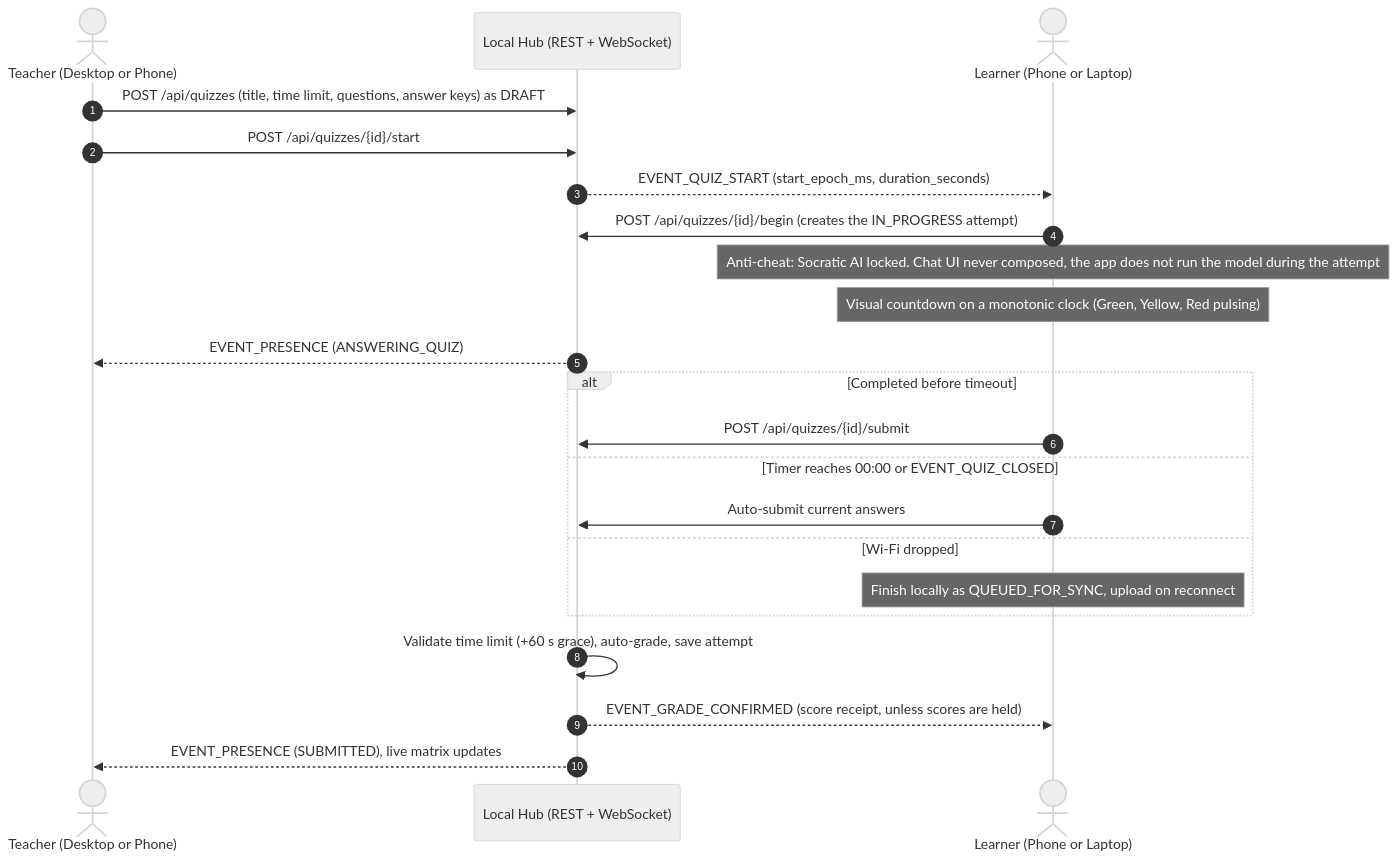
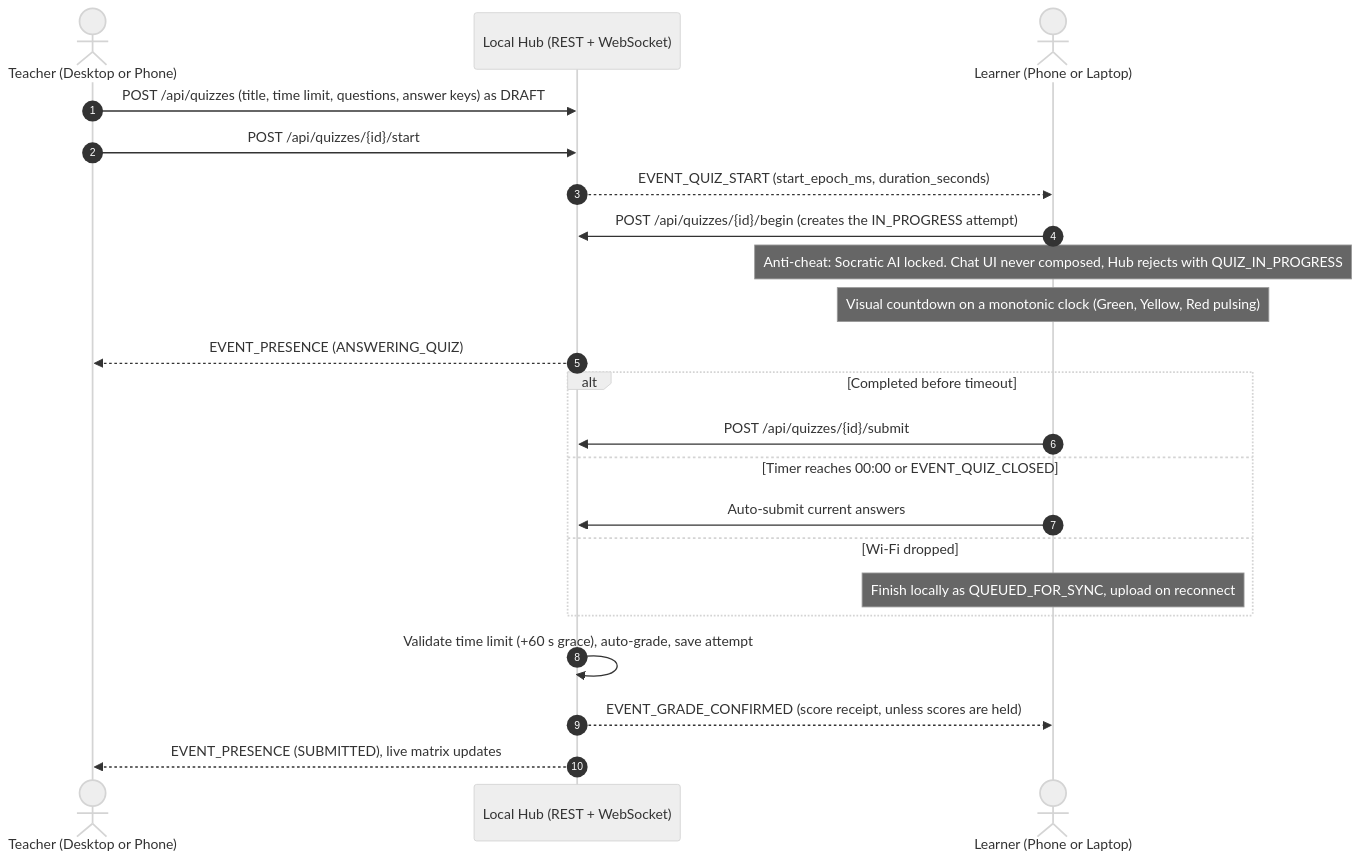
One commit to BootlegYouki/L.A.R.A changed the second of 5 diagrams in docs/PRD.md. Above: the diagram before and after it, drawn with Mermaid (neutral theme). The commit also changed other lines of this file and 35 other files, not shown here.

First line of the commit message:
docs: make the AI tutor hybrid (Hub path by default, optional on-device model)

````diff
--- a/docs/PRD.md
+++ b/docs/PRD.md
@@ -170,25 +170,25 @@
 ```mermaid
 sequenceDiagram
  autonumber
  actor Teacher as Teacher (Desktop or Phone)
  participant Hub as Local Hub (REST + WebSocket)
  actor Learner as Learner (Phone or Laptop)
 
  Teacher->>Hub: POST /api/quizzes (title, time limit, questions, answer keys) as DRAFT
  Teacher->>Hub: POST /api/quizzes/{id}/start
  Hub-->>Learner: EVENT_QUIZ_START (start_epoch_ms, duration_seconds)
  Learner->>Hub: POST /api/quizzes/{id}/begin (creates the IN_PROGRESS attempt)
- Note over Learner: Anti-cheat: Socratic AI locked. Chat UI never composed, the app does not run the model during the attempt
+ Note over Learner: Anti-cheat: Socratic AI locked. Chat UI never composed, Hub rejects with QUIZ_IN_PROGRESS
  Note over Learner: Visual countdown on a monotonic clock (Green, Yellow, Red pulsing)
  Hub-->>Teacher: EVENT_PRESENCE (ANSWERING_QUIZ)
  alt Completed before timeout
  Learner->>Hub: POST /api/quizzes/{id}/submit
  else Timer reaches 00:00 or EVENT_QUIZ_CLOSED
  Learner->>Hub: Auto-submit current answers
  else Wi-Fi dropped
  Note over Learner: Finish locally as QUEUED_FOR_SYNC, upload on reconnect
  end
  Hub->>Hub: Validate time limit (+60 s grace), auto-grade, save attempt
  Hub-->>Learner: EVENT_GRADE_CONFIRMED (score receipt, unless scores are held)
  Hub-->>Teacher: EVENT_PRESENCE (SUBMITTED), live matrix updates
 ```
````
